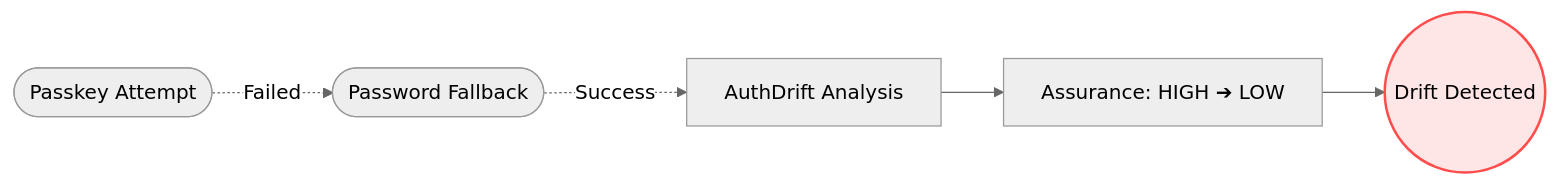
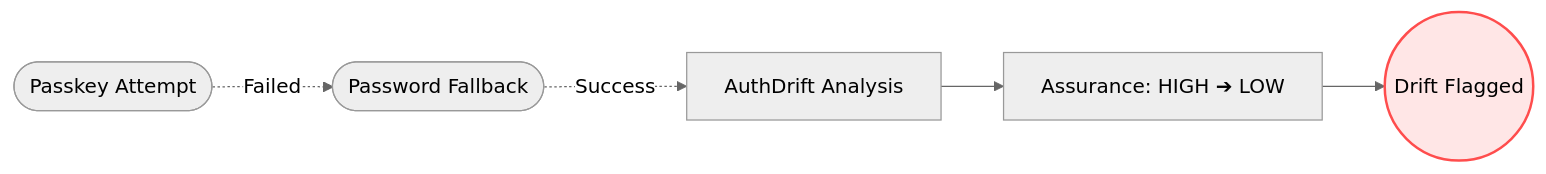
The second of 2 diagrams in README.md (balaa1407/AuthnDrift), drawn with Mermaid (neutral theme) before and after one commit. The commit also changed other lines of this file and 34 other files, not shown here.

````diff
--- a/README.md
+++ b/README.md
@@ -49,9 +53,9 @@
 ```mermaid
 graph LR
     A([Passkey Attempt]) -.->|Failed| B([Password Fallback])
     B -.->|Success| C[AuthDrift Analysis]
     C --> D[Assurance: HIGH ➔ LOW]
-    D --> E((Drift Detected))
+    D --> E((Drift Flagged))
     
     style E fill:#ffe6e6,stroke:#ff4d4d,stroke-width:2px
 ```
````
